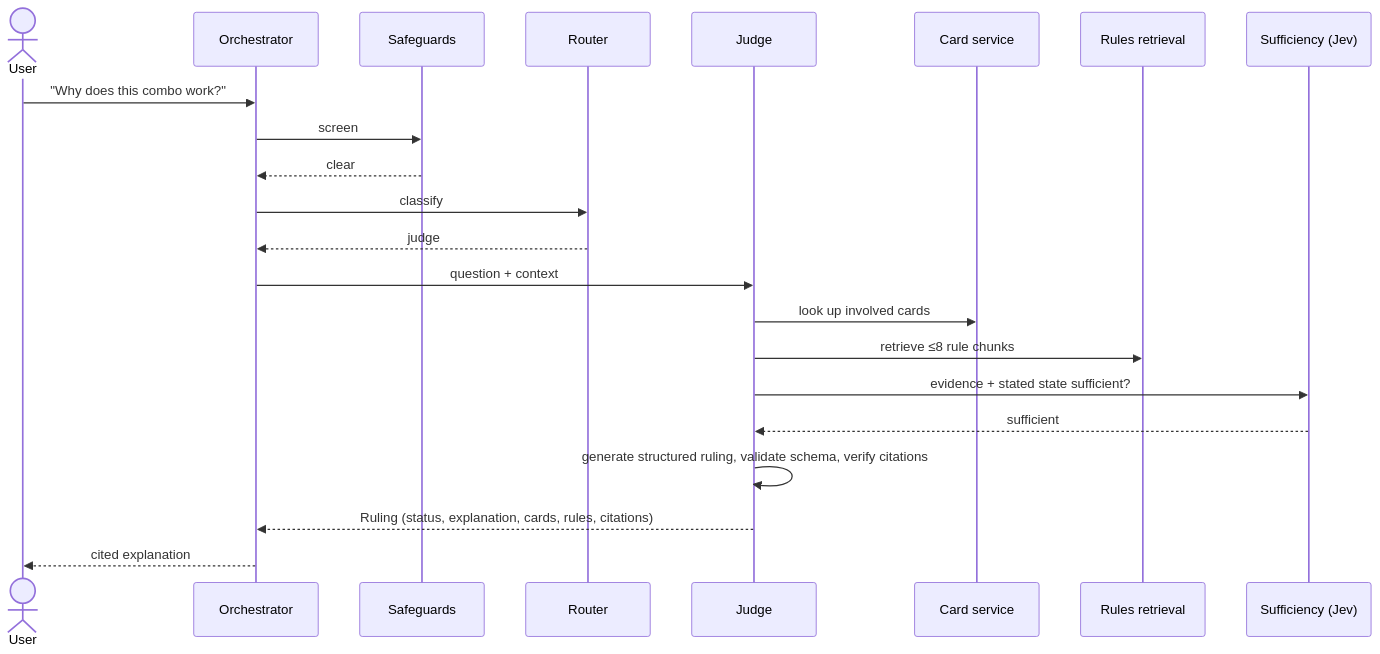
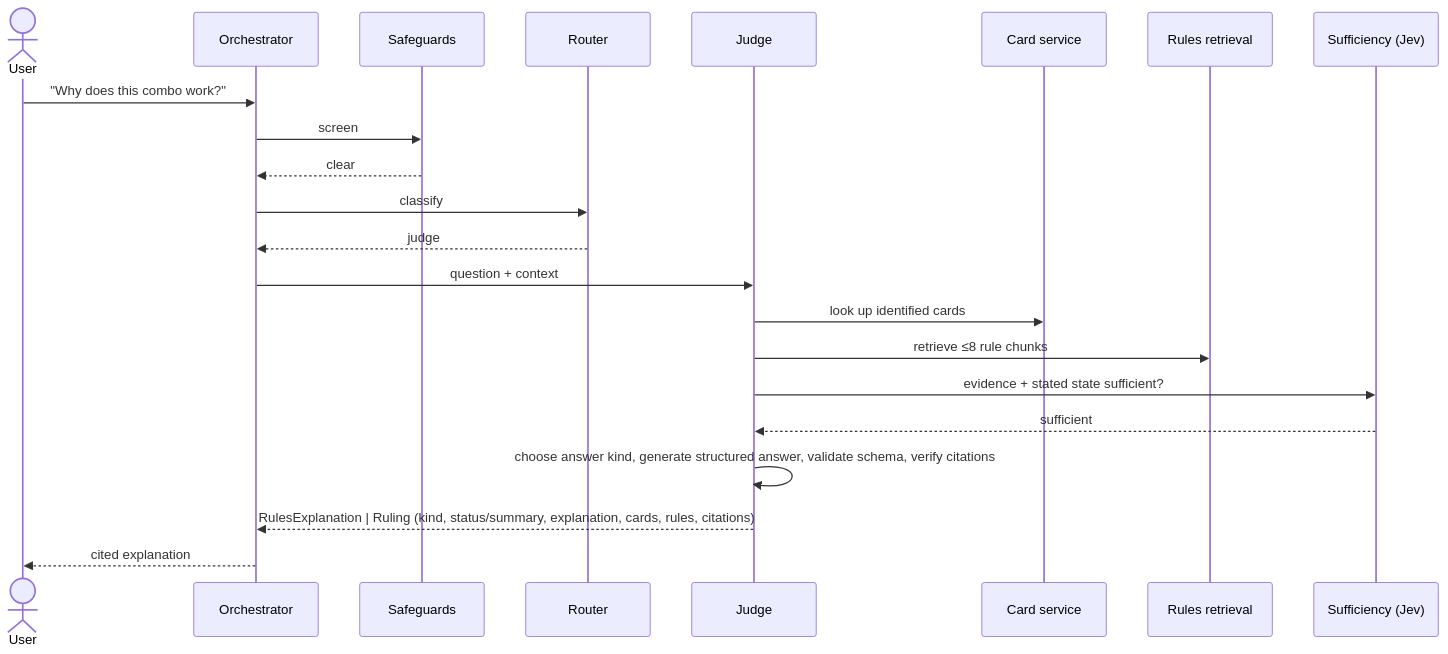
One commit to tucktuck101/mana-leak changed the fifth of 8 diagrams in docs/architecture.md. Above: the diagram before and after it, drawn with Mermaid. The commit also changed other lines of this file and 12 other files, not shown here.

Commit message:
docs: round 2 review repairs (walking-skeleton roadmap, session controls, rules explanations/rule text, judge evidence rules, config fixes)

````diff
--- a/docs/architecture.md
+++ b/docs/architecture.md
@@ -207,24 +207,24 @@
 ```mermaid
 sequenceDiagram
     actor U as User
     participant O as Orchestrator
     participant S as Safeguards
     participant R as Router
     participant J as Judge
     participant C as Card service
     participant RR as Rules retrieval
     participant JV as Sufficiency (Jev)
     U->>O: "Why does this combo work?"
     O->>S: screen
     S-->>O: clear
     O->>R: classify
     R-->>O: judge
     O->>J: question + context
-    J->>C: look up involved cards
+    J->>C: look up identified cards
     J->>RR: retrieve ≤8 rule chunks
     J->>JV: evidence + stated state sufficient?
     JV-->>J: sufficient
-    J->>J: generate structured ruling, validate schema, verify citations
-    J-->>O: Ruling (status, explanation, cards, rules, citations)
+    J->>J: choose answer kind, generate structured answer, validate schema, verify citations
+    J-->>O: RulesExplanation | Ruling (kind, status/summary, explanation, cards, rules, citations)
     O-->>U: cited explanation
 ```
````
